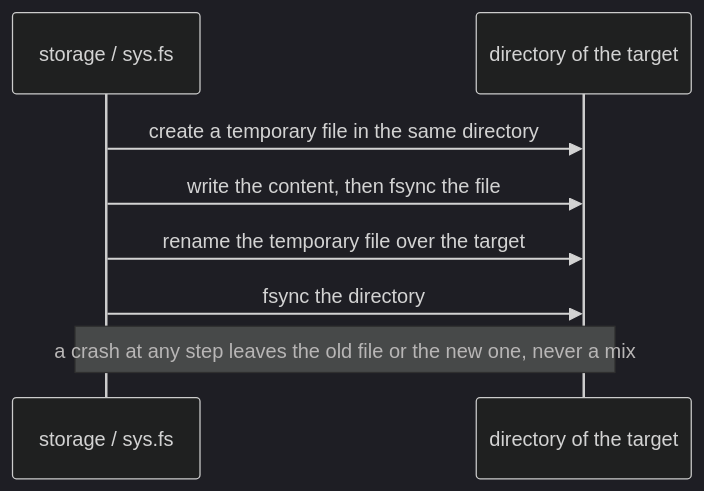
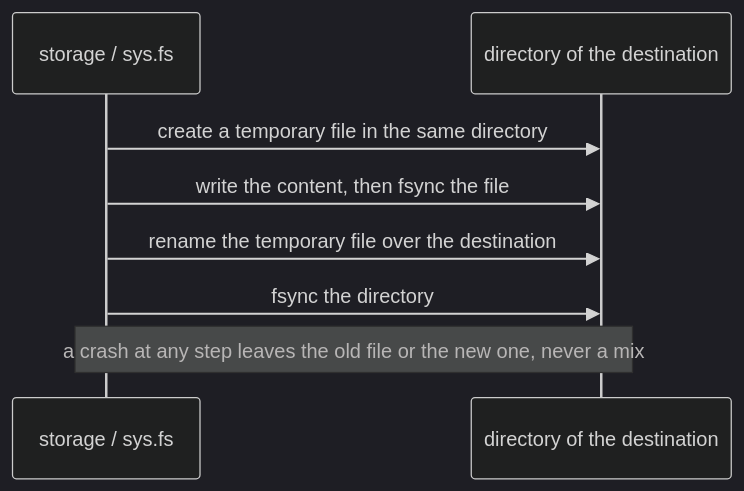
The diagram in docs/architecture/persistence-and-durability.md (ViktorWalde/KineinVectis), drawn with Mermaid (dark theme) before and after one commit. The commit also changed other lines of this file and 14 other files, not shown here.

````diff
--- a/docs/architecture/persistence-and-durability.md
+++ b/docs/architecture/persistence-and-durability.md
@@ -33,10 +33,10 @@
 ```mermaid
 sequenceDiagram
     participant S as storage / sys.fs
-    participant D as directory of the target
+    participant D as directory of the destination
     S->>D: create a temporary file in the same directory
     S->>D: write the content, then fsync the file
-    S->>D: rename the temporary file over the target
+    S->>D: rename the temporary file over the destination
     S->>D: fsync the directory
     Note over S,D: a crash at any step leaves the old file or the new one, never a mix
 ```
````
